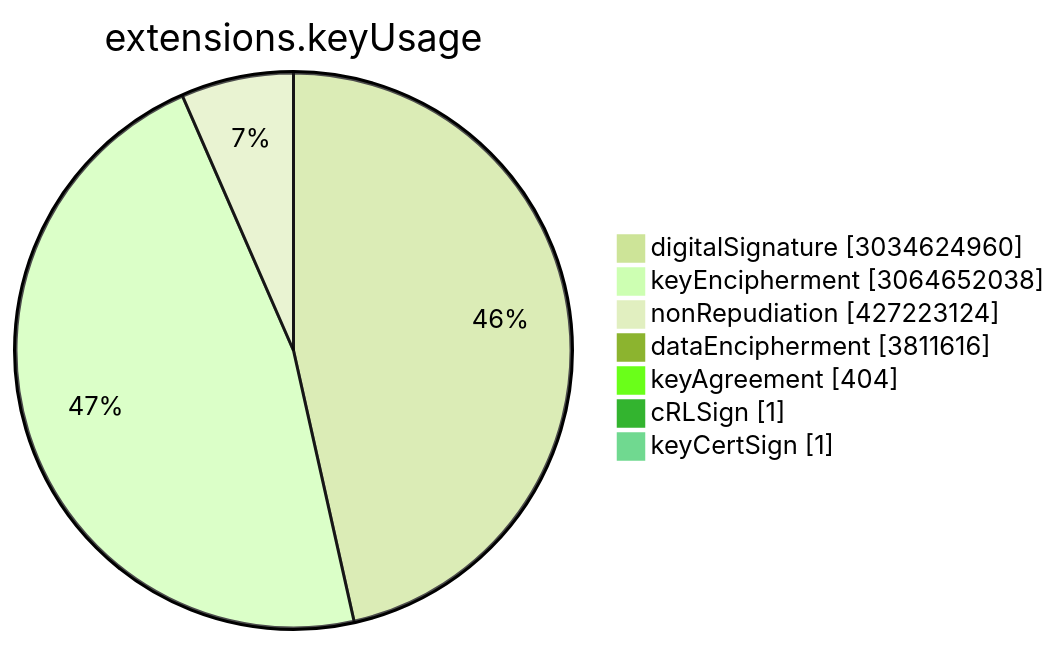
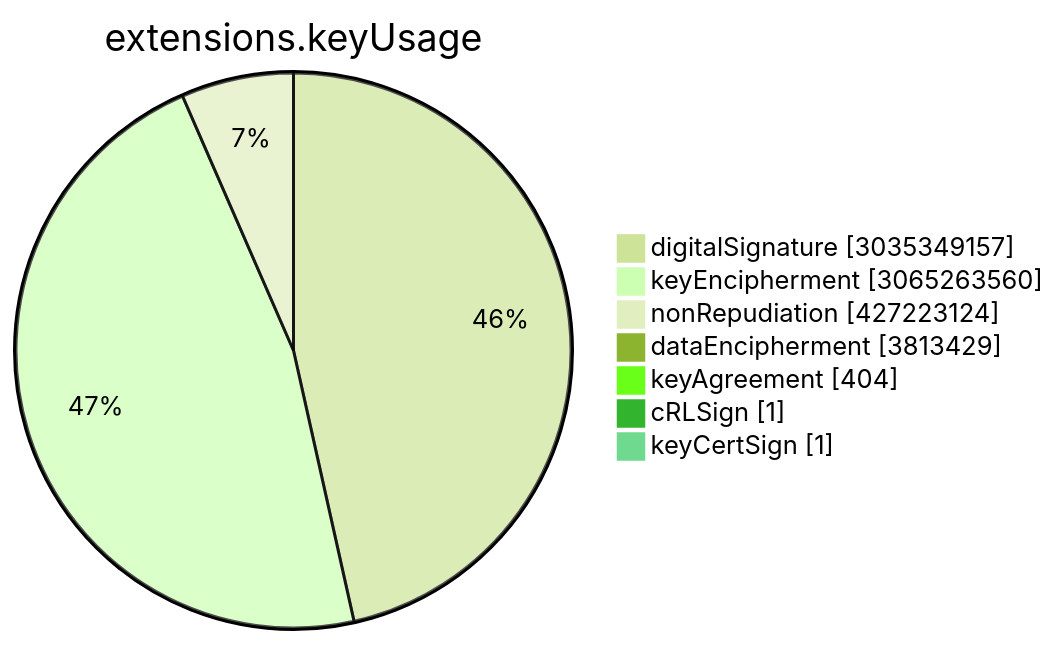
Before and after one commit to christiankrug/ctmonitor_visualization: the sixth of 15 diagrams in TOTAL/README.md, drawn with Mermaid (forest theme). The commit also changed other lines of this file, not shown here.

````diff
--- a/TOTAL/README.md
+++ b/TOTAL/README.md
@@ -3077,11 +3077,11 @@
 ```mermaid
 pie showData
 title extensions.keyUsage
-"digitalSignature" :3034624960
-"keyEncipherment" :3064652038
+"digitalSignature" :3035349157
+"keyEncipherment" :3065263560
 "nonRepudiation" :427223124
-"dataEncipherment" :3811616
+"dataEncipherment" :3813429
 "keyAgreement" :404
 "cRLSign" :1
 "keyCertSign" :1
 ```
````
